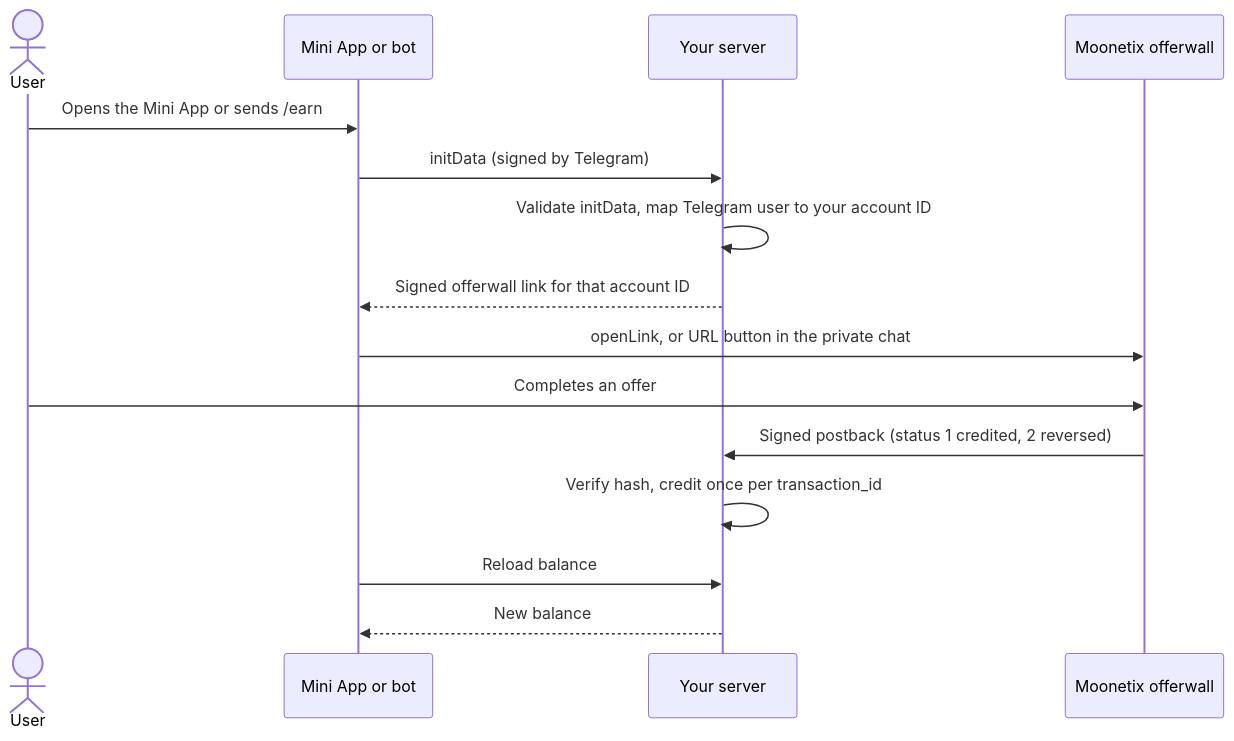
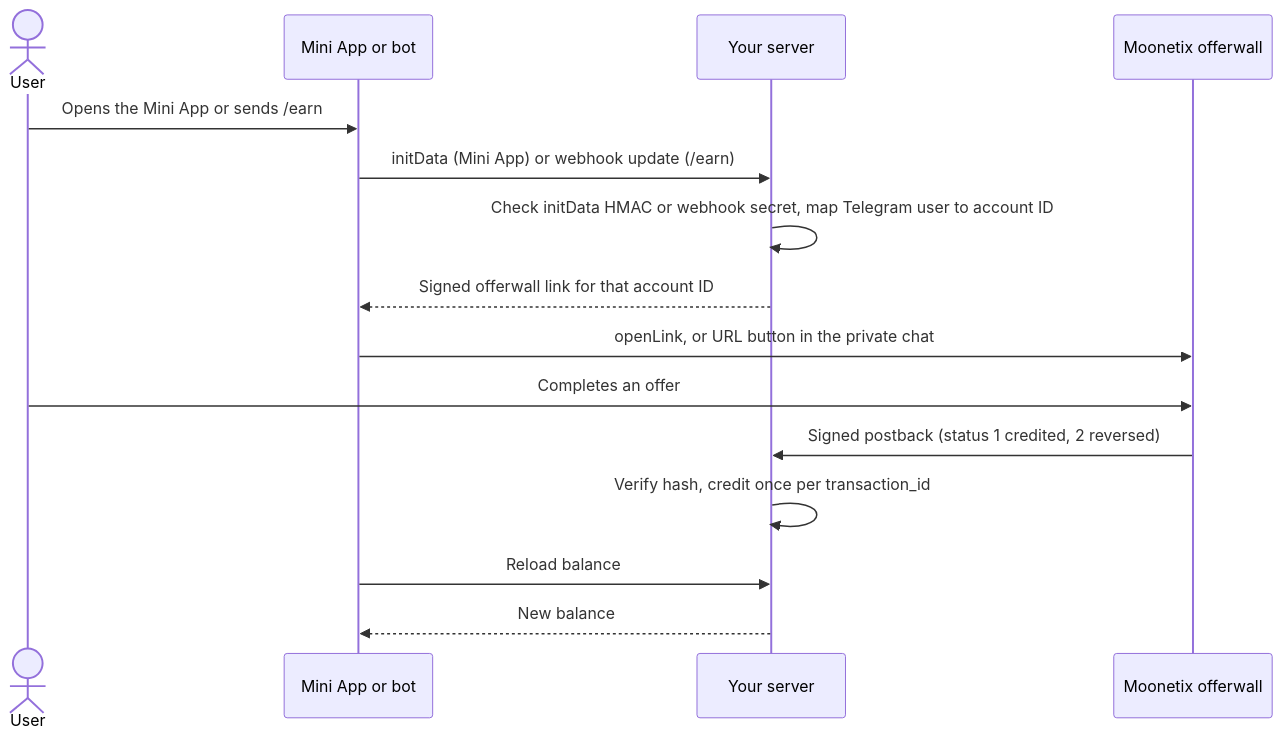
Before and after one commit to moonetix/telegram-mini-app-offerwall: the diagram in README.md, drawn with Mermaid. The commit also changed other lines of this file, not shown here.

Commit message:
Cover webhook updates, variable defaults and common problems

````diff
--- a/README.md
+++ b/README.md
@@ -24,17 +24,17 @@
 ```mermaid
 sequenceDiagram
     actor U as User
     participant T as Mini App or bot
     participant S as Your server
     participant M as Moonetix offerwall
     U->>T: Opens the Mini App or sends /earn
-    T->>S: initData (signed by Telegram)
-    S->>S: Validate initData, map Telegram user to your account ID
+    T->>S: initData (Mini App) or webhook update (/earn)
+    S->>S: Check initData HMAC or webhook secret, map Telegram user to account ID
     S-->>T: Signed offerwall link for that account ID
     T->>M: openLink, or URL button in the private chat
     U->>M: Completes an offer
     M->>S: Signed postback (status 1 credited, 2 reversed)
     S->>S: Verify hash, credit once per transaction_id
     T->>S: Reload balance
     S-->>T: New balance
 ```
````
